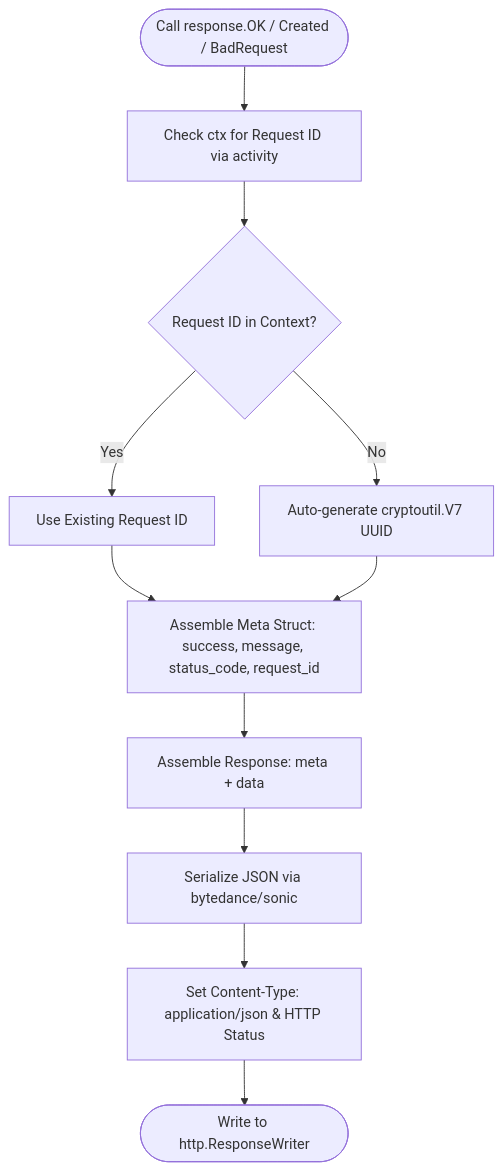
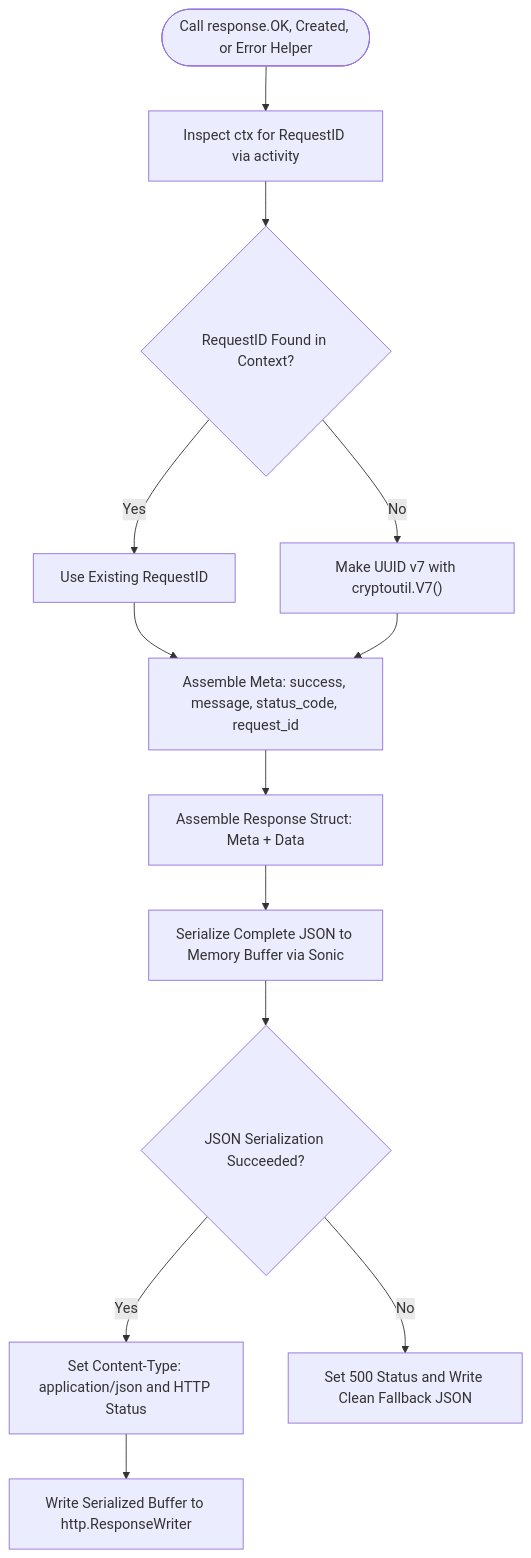
One commit to Jkenyut/nvx-go-helper changed the diagram in response/README.md. Above: the diagram before and after it, drawn with Mermaid. The commit also changed other lines of this file and 46 other files, not shown here.

````diff
--- a/response/README.md
+++ b/response/README.md
@@ -16,15 +9,19 @@
 ```mermaid
 flowchart TD
-    HandlerCall([Call response.OK / Created / BadRequest]) --> CheckContext[Check ctx for Request ID via activity]
-    
-    CheckContext --> HasReqID{Request ID in Context?}
-    HasReqID -- Yes --> UseContextID[Use Existing Request ID]
-    HasReqID -- No --> GenUUID7[Auto-generate cryptoutil.V7 UUID]
-    
-    UseContextID & GenUUID7 --> BuildMeta[Assemble Meta Struct: success, message, status_code, request_id]
-    BuildMeta --> BuildResp[Assemble Response: meta + data]
-    
-    BuildResp --> SonicEncode[Serialize JSON via bytedance/sonic]
-    SonicEncode --> SetHeaders[Set Content-Type: application/json & HTTP Status]
-    SetHeaders --> WriteHTTP([Write to http.ResponseWriter])
+    HandlerCall(["Call response.OK, Created, or Error Helper"]) --> CheckContext["Inspect ctx for RequestID via activity"]
+
+    CheckContext --> HasReqID{"RequestID Found in Context?"}
+    HasReqID -- Yes --> UseContextID["Use Existing RequestID"]
+    HasReqID -- No --> GenUUID7["Make UUID v7 with cryptoutil.V7()"]
+
+    UseContextID & GenUUID7 --> BuildMeta["Assemble Meta: success, message, status_code, request_id"]
+    BuildMeta --> BuildResp["Assemble Response Struct: Meta + Data"]
+
+    BuildResp --> SonicEncode["Serialize Complete JSON to Memory Buffer via Sonic"]
+    SonicEncode --> EncodeCheck{"JSON Serialization Succeeded?"}
+
+    EncodeCheck -- Yes --> SetHeaders["Set Content-Type: application/json and HTTP Status"]
+    SetHeaders --> WriteHTTP["Write Serialized Buffer to http.ResponseWriter"]
+
+    EncodeCheck -- No --> FallbackErr["Set 500 Status and Write Clean Fallback JSON"]
 ```
````
